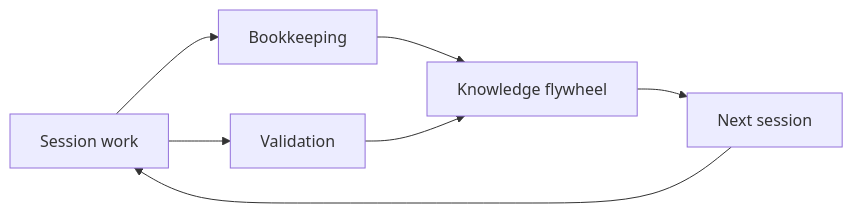
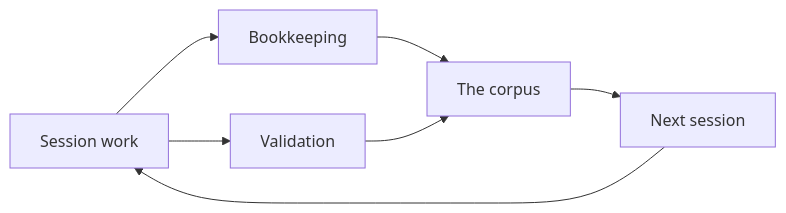
Before and after one commit to lguzzon-scratchbook/agentops: the diagram in README.md, drawn with Mermaid. The commit also changed other lines of this file and 22 other files, not shown here.

````diff
--- a/README.md
+++ b/README.md
@@ -34,9 +36,9 @@
 ```mermaid
 flowchart LR
     S[Session work] --> B[Bookkeeping]
     S --> V[Validation]
-    B --> F[Knowledge flywheel]
-    V --> F
-    F --> N[Next session]
+    B --> C[The corpus]
+    V --> C
+    C --> N[Next session]
     N --> S
 ```
````
